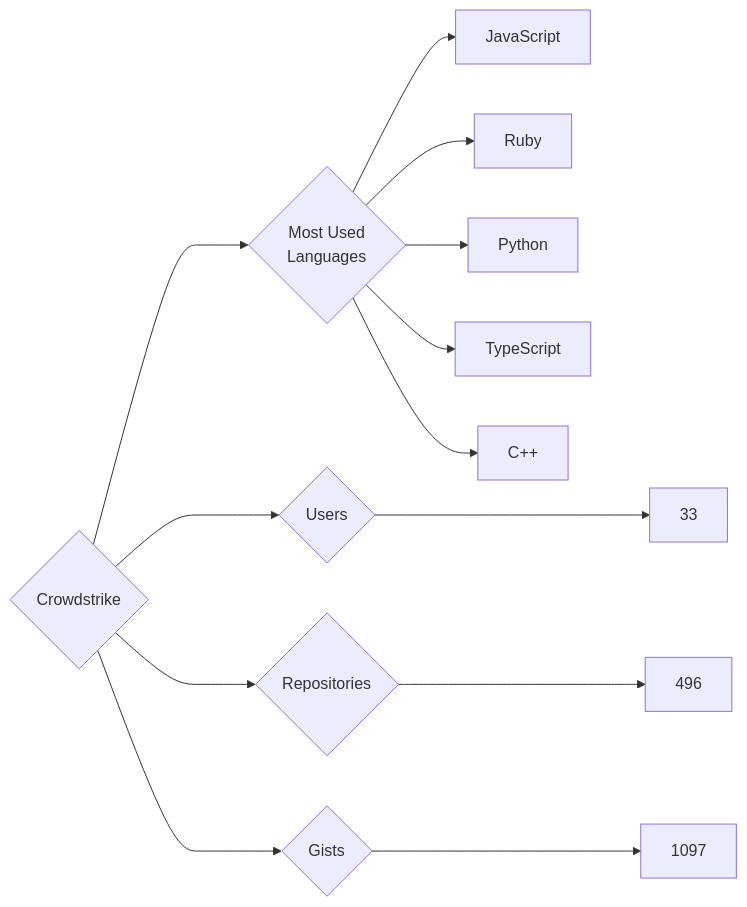
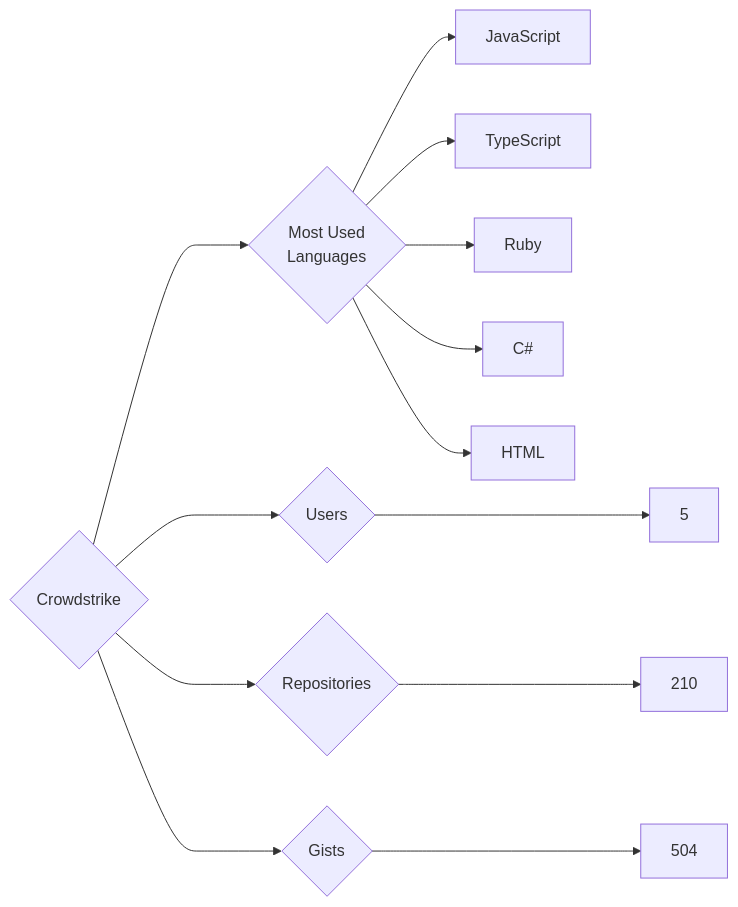
One commit to trickest/insiders changed the diagram in targets/Crowdstrike/README.md. Above: the diagram before and after it, drawn with Mermaid. The commit also changed 934 other files, not shown here.

````diff
--- a/targets/Crowdstrike/README.md
+++ b/targets/Crowdstrike/README.md
@@ -3,13 +3,13 @@
 ```mermaid
 graph LR
 COMPANY_NAME{Crowdstrike}
-COMPANY_NAME ---> U{Users} ---> UN[33]
-COMPANY_NAME ---> R{Repositories} ---> RN[496]
-COMPANY_NAME ---> G{Gists} ---> GN[1097]
+COMPANY_NAME ---> U{Users} ---> UN[5]
+COMPANY_NAME ---> R{Repositories} ---> RN[210]
+COMPANY_NAME ---> G{Gists} ---> GN[504]
 COMPANY_NAME ---> ML{Most Used<br>Languages}
 ML --> JavaScript[JavaScript]
+ML --> TypeScript[TypeScript]
 ML --> Ruby[Ruby]
-ML --> Python[Python]
-ML --> TypeScript[TypeScript]
-ML --> C++[C++]
+ML --> C#[C#]
+ML --> HTML[HTML]
 ```
````
